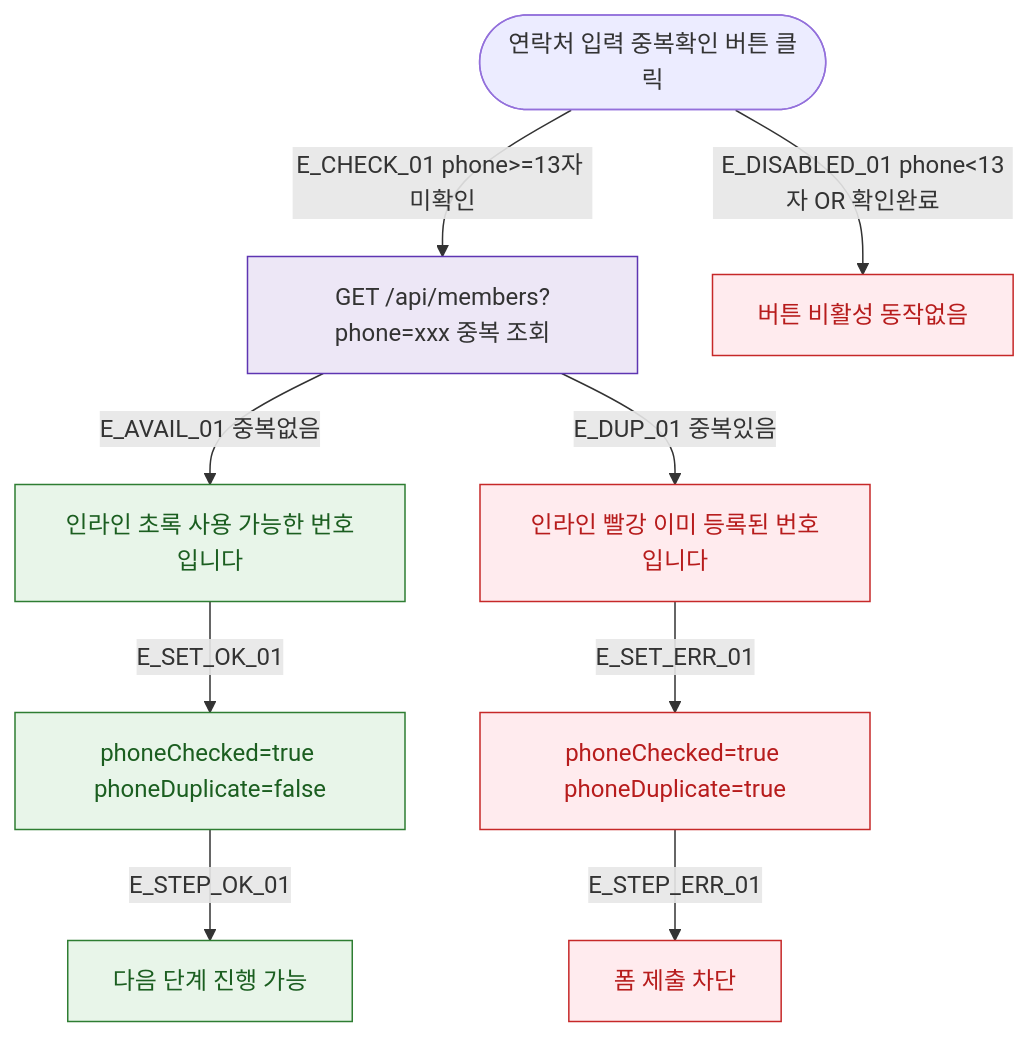
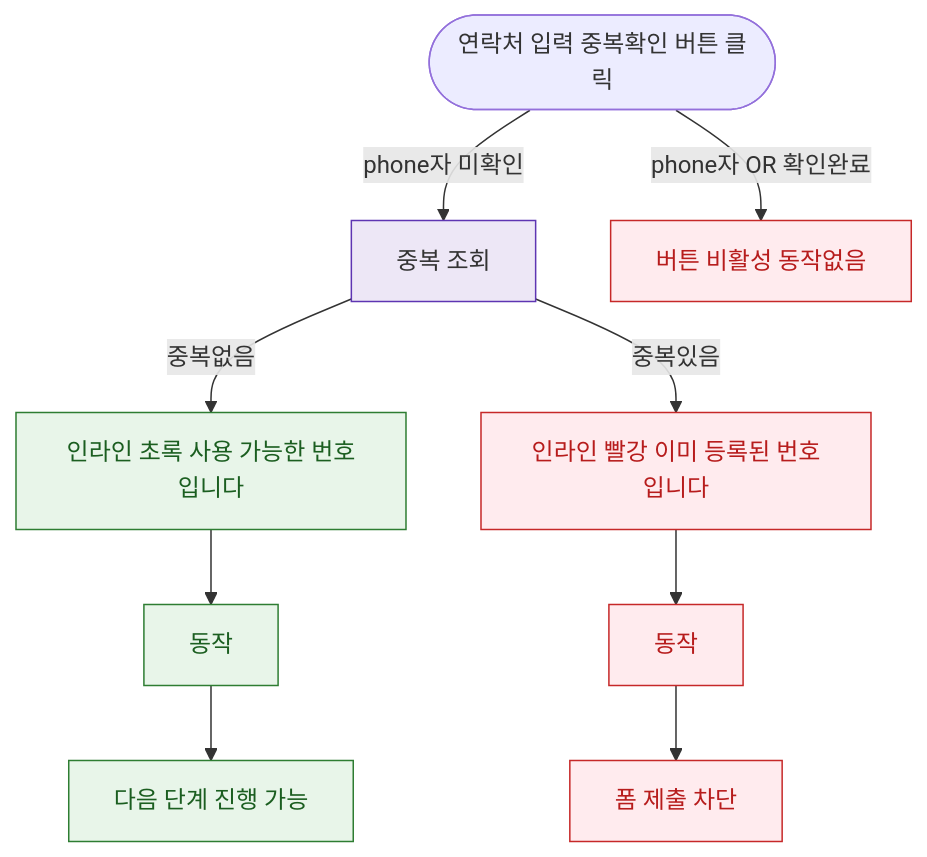
Before and after one commit to dev-spogym/admin-pando: the diagram in docs/다이어그램/D02_회원관리/DLG/DLG-M006_전화번호중복/M1_생명주기.md, drawn with Mermaid. The commit also changed other lines of this file and 1660 other files, not shown here.

First line of the commit message:
다이어그램: 기획자/클라이언트 납품본으로 정리

````diff
--- a/docs/다이어그램/D02_회원관리/DLG/DLG-M006_전화번호중복/M1_생명주기.md
+++ b/docs/다이어그램/D02_회원관리/DLG/DLG-M006_전화번호중복/M1_생명주기.md
@@ -23,24 +21,24 @@
 ```mermaid
 flowchart TD
   TRIGGER([연락처 입력 중복확인 버튼 클릭])
 
-  TRIGGER -->|E_CHECK_01 phone>=13자 미확인| API_CALL[GET /api/members?phone=xxx 중복 조회]
-  TRIGGER -->|E_DISABLED_01 phone<13자 OR 확인완료| BTN_DISABLED[버튼 비활성 동작없음]
+  TRIGGER -->|phone자 미확인|API_CALL[중복 조회]
+  TRIGGER -->|phone자 OR 확인완료|BTN_DISABLED[버튼 비활성 동작없음]
 
-  API_CALL -->|E_AVAIL_01 중복없음| INLINE_OK[인라인 초록 사용 가능한 번호입니다]
-  API_CALL -->|E_DUP_01 중복있음| INLINE_ERR[인라인 빨강 이미 등록된 번호입니다]
+  API_CALL -->|중복없음|INLINE_OK[인라인 초록 사용 가능한 번호입니다]
+  API_CALL -->|중복있음|INLINE_ERR[인라인 빨강 이미 등록된 번호입니다]
 
-  INLINE_OK  -->|E_SET_OK_01| STATE_OK[phoneChecked=true phoneDuplicate=false]
-  INLINE_ERR -->|E_SET_ERR_01| STATE_ERR[phoneChecked=true phoneDuplicate=true]
+  INLINE_OK --> STATE_OK[동작]
+  INLINE_ERR --> STATE_ERR[동작]
 
-  STATE_OK  -->|E_STEP_OK_01| STEP_PROCEED[다음 단계 진행 가능]
-  STATE_ERR -->|E_STEP_ERR_01| STEP_BLOCKED[폼 제출 차단]
+  STATE_OK --> STEP_PROCEED[다음 단계 진행 가능]
+  STATE_ERR --> STEP_BLOCKED[폼 제출 차단]
 
   classDef success fill:#E8F5E9,stroke:#2E7D32,color:#1B5E20
-  classDef error   fill:#FFEBEE,stroke:#C62828,color:#B71C1C
-  classDef system  fill:#EDE7F6,stroke:#5E35B2
+  classDef error fill:#FFEBEE,stroke:#C62828,color:#B71C1C
+  classDef system fill:#EDE7F6,stroke:#5E35B2
 
   class INLINE_OK,STATE_OK,STEP_PROCEED success
   class INLINE_ERR,STATE_ERR,STEP_BLOCKED,BTN_DISABLED error
   class API_CALL system
 ```
````
